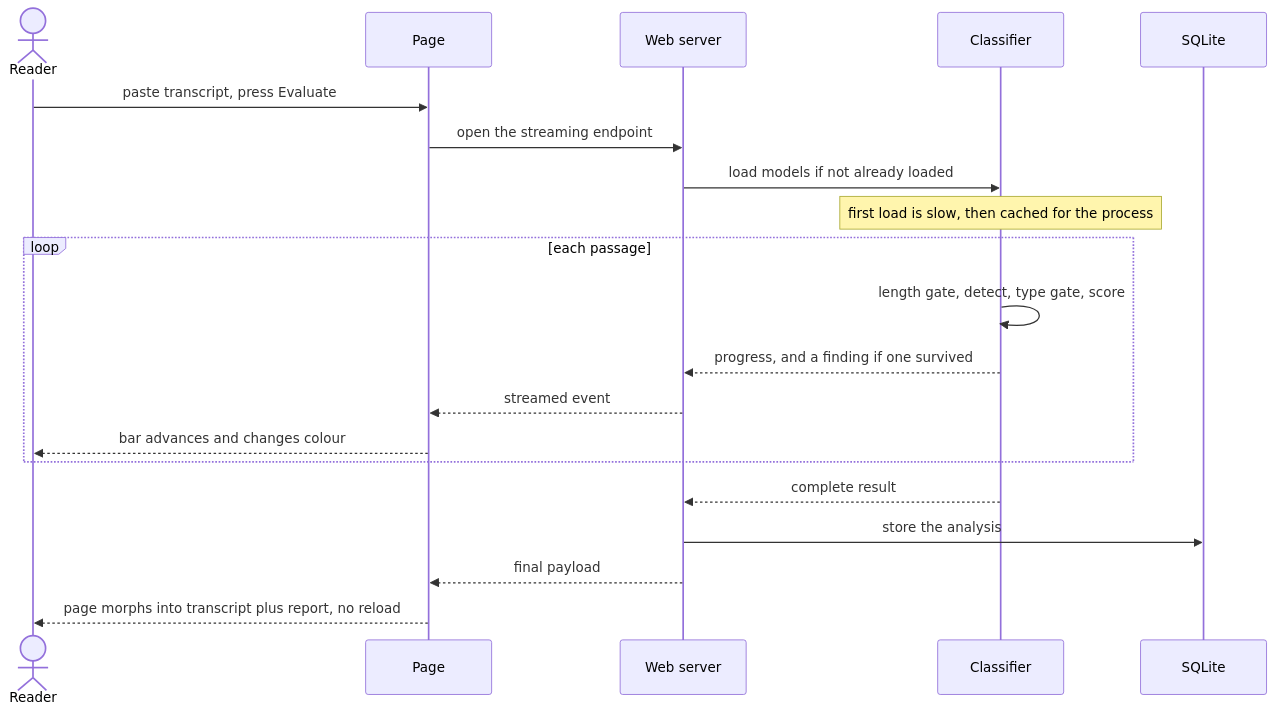
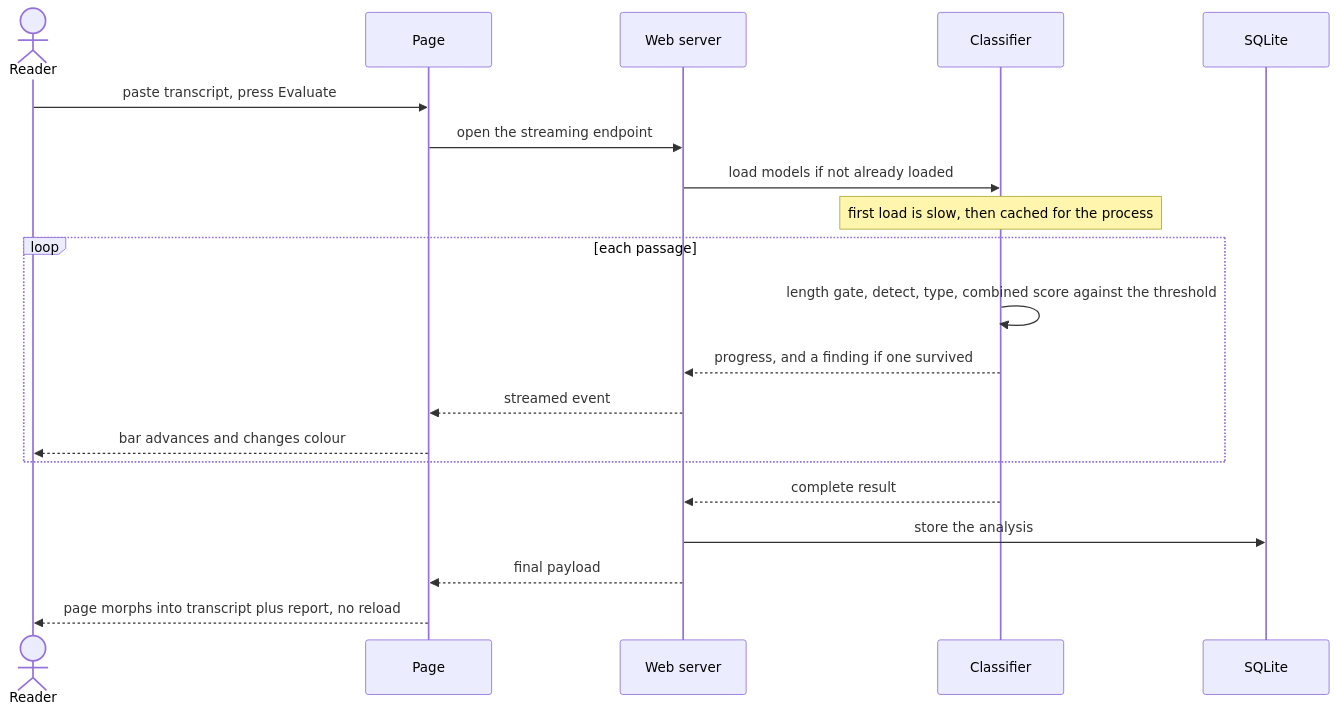
Before and after one commit to MoAbboud/PortFolio: the fifth of 6 diagrams in fallacysuspect/requirements/03-architecture.md, drawn with Mermaid. The commit also changed other lines of this file and 6 other files, not shown here.

````diff
--- a/fallacysuspect/requirements/03-architecture.md
+++ b/fallacysuspect/requirements/03-architecture.md
@@ -200,23 +230,23 @@
 ```mermaid
 sequenceDiagram
     actor R as Reader
     participant P as Page
     participant W as Web server
     participant C as Classifier
     participant D as SQLite
 
     R->>P: paste transcript, press Evaluate
     P->>W: open the streaming endpoint
     W->>C: load models if not already loaded
     Note over C: first load is slow, then cached for the process
     loop each passage
-        C->>C: length gate, detect, type gate, score
+        C->>C: length gate, detect, type, combined score against the threshold
         C-->>W: progress, and a finding if one survived
         W-->>P: streamed event
         P-->>R: bar advances and changes colour
     end
     C-->>W: complete result
     W->>D: store the analysis
     W-->>P: final payload
     P-->>R: page morphs into transcript plus report, no reload
 ```
````
